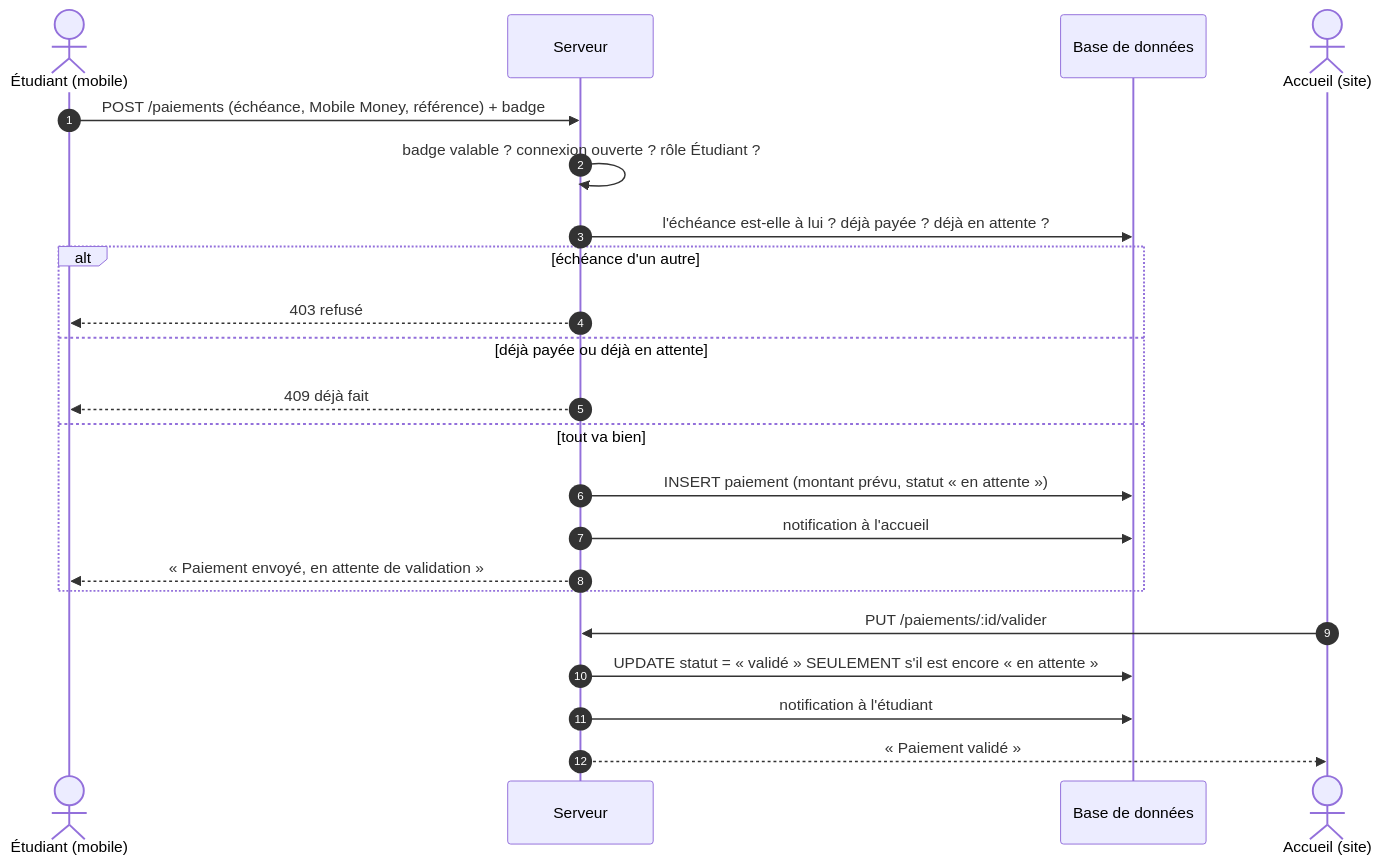
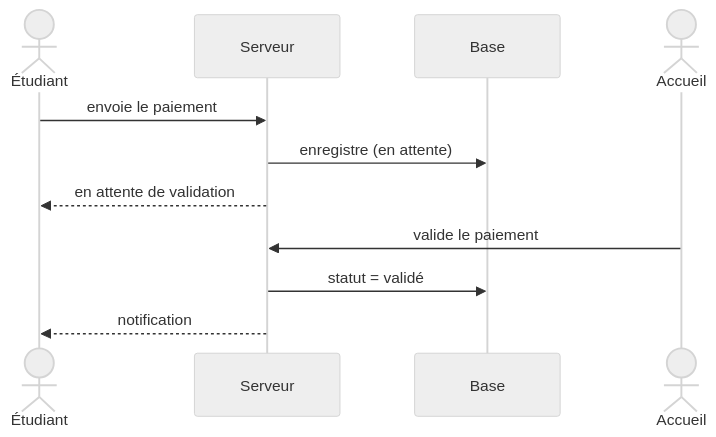
One commit to eliaTolojanahary/gestionFormation_stage changed the sixth of 9 diagrams in FLUX-MEMOIRE.md. Above: the diagram before and after it, drawn with Mermaid. The commit also changed other lines of this file and 163 other files, not shown here.

````diff
--- a/FLUX-MEMOIRE.md
+++ b/FLUX-MEMOIRE.md
@@ -667,25 +938,15 @@
 ```mermaid
+%%{init: {'theme':'neutral'}}%%
 sequenceDiagram
-    autonumber
-    actor E as Étudiant (mobile)
-    participant API as Serveur
-    participant DB as Base de données
-    actor A as Accueil (site)
+    actor E as Étudiant
+    participant S as Serveur
+    participant DB as Base
+    actor A as Accueil
 
-    E->>API: POST /paiements (échéance, Mobile Money, référence) + badge
-    API->>API: badge valable ? connexion ouverte ? rôle Étudiant ?
-    API->>DB: l'échéance est-elle à lui ? déjà payée ? déjà en attente ?
-    alt échéance d'un autre
-        API-->>E: 403 refusé
-    else déjà payée ou déjà en attente
-        API-->>E: 409 déjà fait
-    else tout va bien
-        API->>DB: INSERT paiement (montant prévu, statut « en attente »)
-        API->>DB: notification à l'accueil
-        API-->>E: « Paiement envoyé, en attente de validation »
-    end
-    A->>API: PUT /paiements/:id/valider
-    API->>DB: UPDATE statut = « validé » SEULEMENT s'il est encore « en attente »
-    API->>DB: notification à l'étudiant
-    API-->>A: « Paiement validé »
+    E->>S: envoie le paiement
+    S->>DB: enregistre (en attente)
+    S-->>E: en attente de validation
+    A->>S: valide le paiement
+    S->>DB: statut = validé
+    S-->>E: notification
 ```
````
